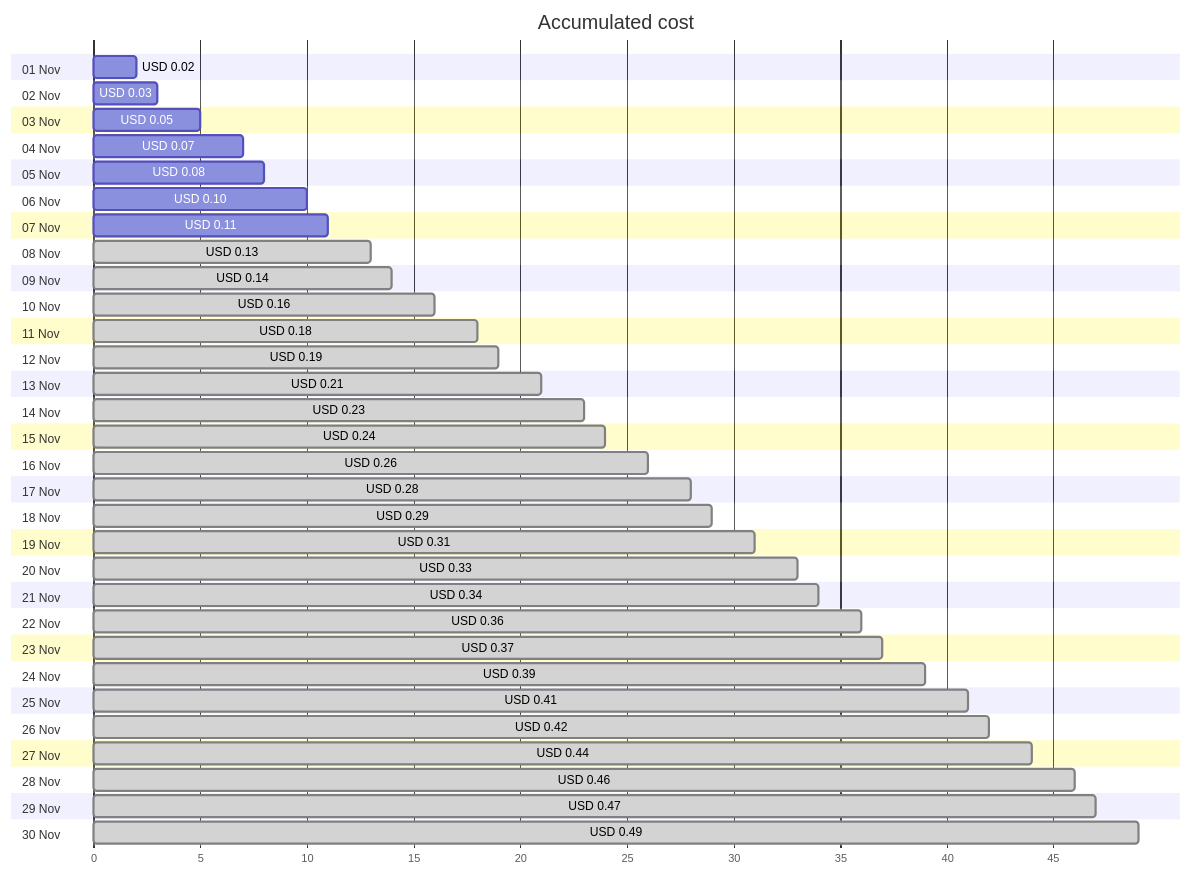
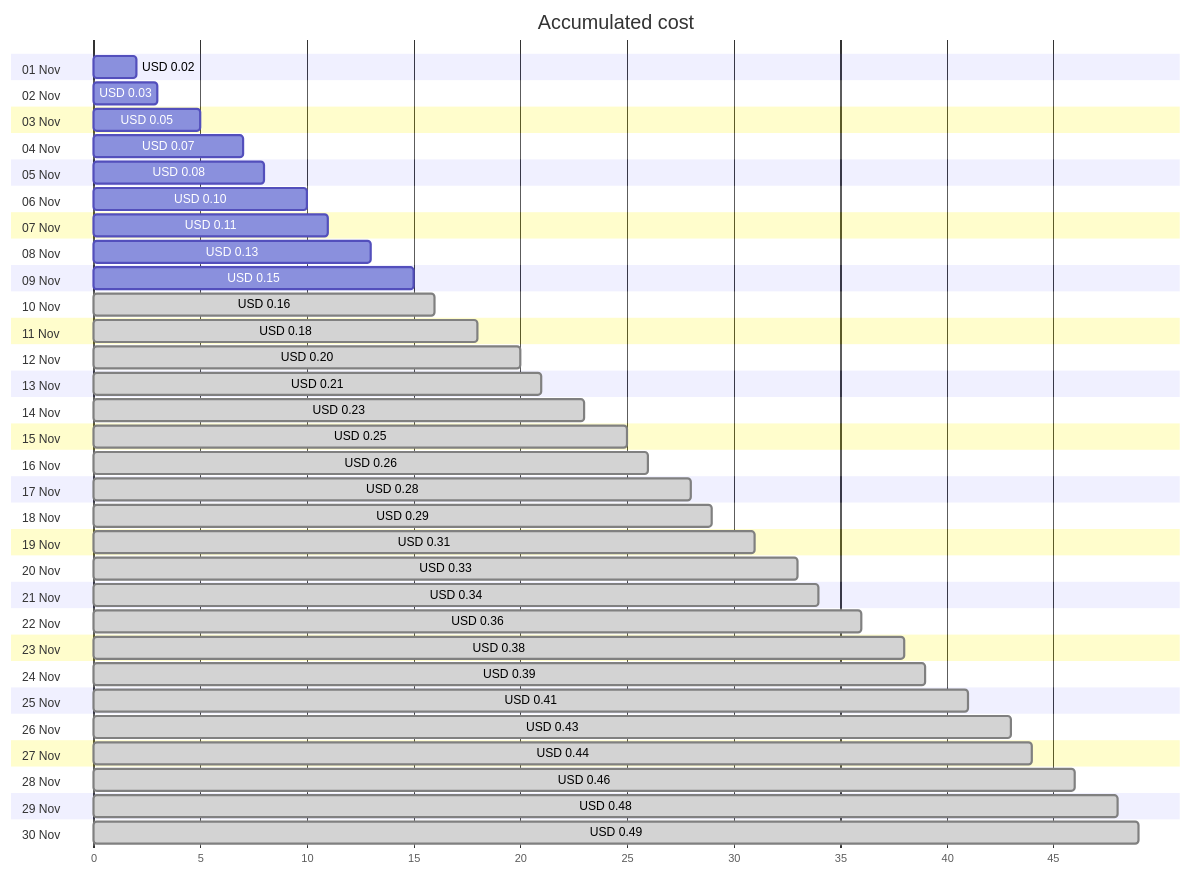
Before and after one commit to jpfulton/azure-personal-reports: the first of 4 diagrams in cost-reports/personal-dns/jpatrickfulton.dev.md, drawn with Mermaid. The commit also changed other lines of this file and 2 other files, not shown here.

````diff
--- a/cost-reports/personal-dns/jpatrickfulton.dev.md
+++ b/cost-reports/personal-dns/jpatrickfulton.dev.md
@@ -20,66 +20,66 @@
 ```mermaid
 gantt
    title Accumulated cost
    dateFormat  X
    axisFormat %s
    section 01 Nov
    USD 0.02 :0, 2
    section 02 Nov
    USD 0.03 :0, 3
    section 03 Nov
    USD 0.05 :0, 5
    section 04 Nov
    USD 0.07 :0, 7
    section 05 Nov
    USD 0.08 :0, 8
    section 06 Nov
    USD 0.10 :0, 10
    section 07 Nov
    USD 0.11 :0, 11
    section 08 Nov
-   USD 0.13 : done, 0, 13
+   USD 0.13 :0, 13
    section 09 Nov
-   USD 0.14 : done, 0, 14
+   USD 0.15 :0, 15
    section 10 Nov
    USD 0.16 : done, 0, 16
    section 11 Nov
    USD 0.18 : done, 0, 18
    section 12 Nov
-   USD 0.19 : done, 0, 19
+   USD 0.20 : done, 0, 20
    section 13 Nov
    USD 0.21 : done, 0, 21
    section 14 Nov
    USD 0.23 : done, 0, 23
    section 15 Nov
-   USD 0.24 : done, 0, 24
+   USD 0.25 : done, 0, 25
    section 16 Nov
    USD 0.26 : done, 0, 26
    section 17 Nov
    USD 0.28 : done, 0, 28
    section 18 Nov
    USD 0.29 : done, 0, 29
    section 19 Nov
    USD 0.31 : done, 0, 31
    section 20 Nov
    USD 0.33 : done, 0, 33
    section 21 Nov
    USD 0.34 : done, 0, 34
    section 22 Nov
    USD 0.36 : done, 0, 36
    section 23 Nov
-   USD 0.37 : done, 0, 37
+   USD 0.38 : done, 0, 38
    section 24 Nov
    USD 0.39 : done, 0, 39
    section 25 Nov
    USD 0.41 : done, 0, 41
    section 26 Nov
-   USD 0.42 : done, 0, 42
+   USD 0.43 : done, 0, 43
    section 27 Nov
    USD 0.44 : done, 0, 44
    section 28 Nov
    USD 0.46 : done, 0, 46
    section 29 Nov
-   USD 0.47 : done, 0, 47
+   USD 0.48 : done, 0, 48
    section 30 Nov
    USD 0.49 : done, 0, 49
 ```
````
